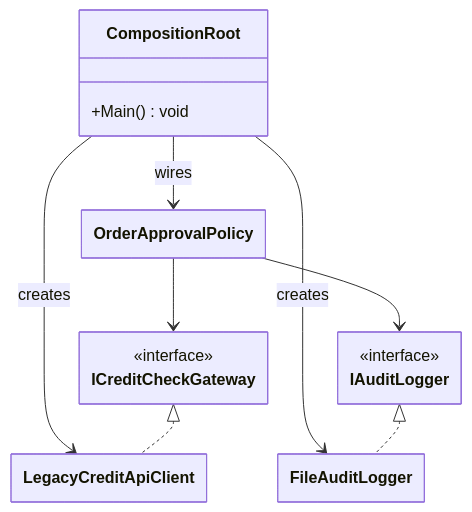
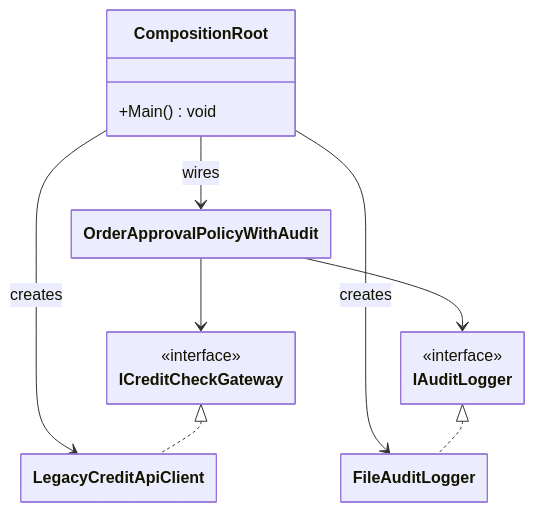
One commit to jeff-adkisson/swe-4743-spring-2026-oo-design changed the seventh of 7 diagrams in presentations/09-dependency-inversion-principle.md. Above: the diagram before and after it, drawn with Mermaid. The commit also changed other lines of this file, not shown here.

````diff
--- a/presentations/09-dependency-inversion-principle.md
+++ b/presentations/09-dependency-inversion-principle.md
@@ -390,30 +393,30 @@
 ```mermaid
 ---
   config:
     class:
       hideEmptyMembersBox: true
 ---
 classDiagram
 direction TB
 
 class CompositionRoot {
   +Main() void
 }
-class OrderApprovalPolicy
+class OrderApprovalPolicyWithAudit
 class ICreditCheckGateway {
   <<interface>>
 }
 class IAuditLogger {
   <<interface>>
 }
 class LegacyCreditApiClient
 class FileAuditLogger
 
 CompositionRoot --> LegacyCreditApiClient : creates
 CompositionRoot --> FileAuditLogger : creates
-CompositionRoot --> OrderApprovalPolicy : wires
-OrderApprovalPolicy --> ICreditCheckGateway
-OrderApprovalPolicy --> IAuditLogger
+CompositionRoot --> OrderApprovalPolicyWithAudit : wires
+OrderApprovalPolicyWithAudit --> ICreditCheckGateway
+OrderApprovalPolicyWithAudit --> IAuditLogger
 ICreditCheckGateway <|.. LegacyCreditApiClient
 IAuditLogger <|.. FileAuditLogger
 ```
````
